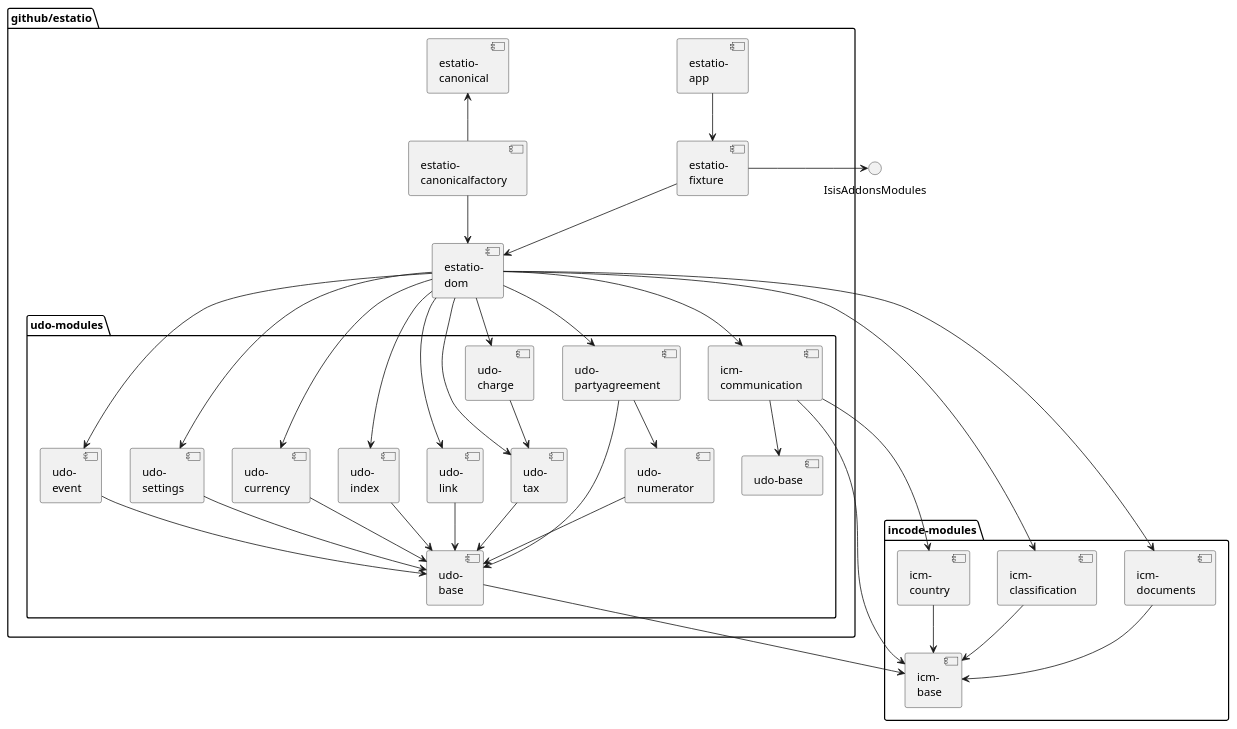
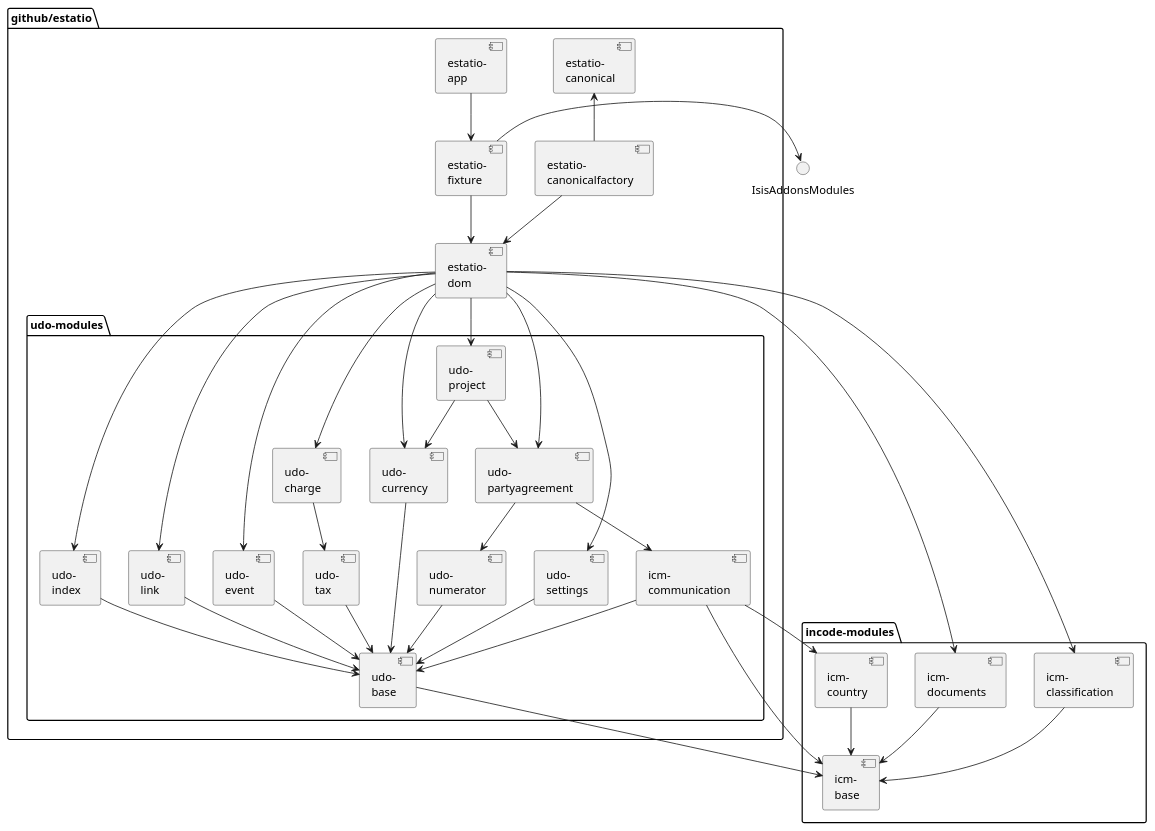
One commit to incodehq/developers-guide changed the second of 3 diagrams in README.adoc. Above: the diagram before and after it, drawn with PlantUML. The commit also changed 2 other files, not shown here.

Commit message:
fixes the dependency graph for udo- modules

```diff
--- a/README.adoc
+++ b/README.adoc
@@ -103,69 +103,71 @@
 [plantuml, {_imagesdir}/estatio-and-modules, png]
 ....
 package "github/estatio" {
     [estatio-\napp]
     [estatio-\ncanonicalfactory]
     [estatio-\ncanonical]
     [estatio-\nfixture]
     [estatio-\ndom]
 
     [estatio-\napp] --> [estatio-\nfixture]
     [estatio-\nfixture] --> [estatio-\ndom]
 
     [estatio-\ncanonicalfactory] -up-> [estatio-\ncanonical]
     [estatio-\ncanonicalfactory] --> [estatio-\ndom]
 
     package "udo-modules" {
         [udo-\nbase]
         [udo-\ncharge]
 
         [udo-\ncharge] --> [udo-\ntax]
-        [udo-\npartyagreement] --> [udo-\nnumerator]
 
         [icm-\ncommunication]
 
         [udo-\ncurrency] --> [udo-\nbase]
         [udo-\nindex] --> [udo-\nbase]
         [udo-\nlink] --> [udo-\nbase]
         [udo-\nnumerator] --> [udo-\nbase]
-        [udo-\npartyagreement] --> [udo-\nbase]
         [udo-\ntax] --> [udo-\nbase]
         [udo-\nevent] --> [udo-\nbase]
         [udo-\nsettings] --> [udo-\nbase]
+        [udo-\nproject] --> [udo-\ncurrency]
+        [udo-\nproject] --> [udo-\npartyagreement]
 
-        [icm-\ncommunication] --> [udo-base]
+        [udo-\npartyagreement] --> [udo-\nnumerator]
+        [udo-\npartyagreement] --> [icm-\ncommunication]
+
+        [icm-\ncommunication] --> [udo-\nbase]
     }
 
+    [estatio-\ndom] --> [udo-\nproject]
     [estatio-\ndom] --> [udo-\ncharge]
     [estatio-\ndom] --> [udo-\ncurrency]
     [estatio-\ndom] --> [udo-\nindex]
     [estatio-\ndom] --> [udo-\nlink]
     [estatio-\ndom] --> [udo-\npartyagreement]
-    [estatio-\ndom] --> [udo-\ntax]
     [estatio-\ndom] --> [udo-\nevent]
     [estatio-\ndom] --> [udo-\nsettings]
-    [estatio-\ndom] --> [icm-\ncommunication]
 
 }
 
 
 package "incode-modules" {
     [icm-\nbase]
     [icm-\ndocuments] --> [icm-\nbase]
     [icm-\nclassification] --> [icm-\nbase]
     [icm-\ncountry] --> [icm-\nbase]
 }
 
 
 [estatio-\ndom] --> [icm-\ndocuments]
 [estatio-\ndom] --> [icm-\nclassification]
 
 [udo-\nbase] --> [icm-\nbase]
 
 
 [icm-\ncommunication] --> [icm-\ncountry]
 [icm-\ncommunication] --> [icm-\nbase]
 
 
 [estatio-\nfixture] -right-> IsisAddonsModules
 ....
```
